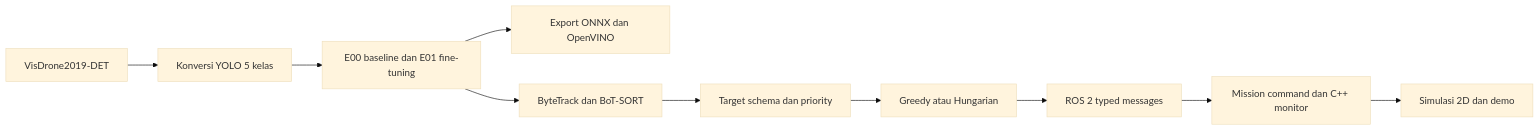
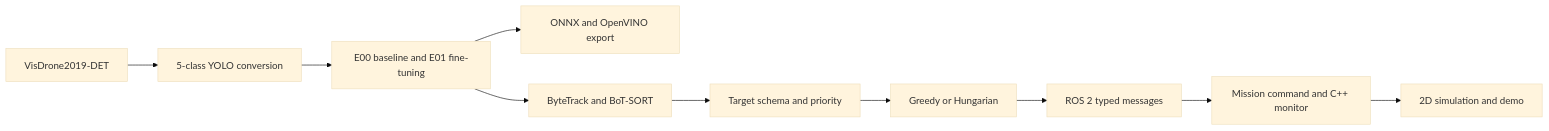
One commit to muqsithanif/multi-uav-perception changed the diagram in docs/END_TO_END_PROJECT_REPORT.md. Above: the diagram before and after it, drawn with Mermaid (base theme). The commit also changed other lines of this file and 7 other files, not shown here.

````diff
--- a/docs/END_TO_END_PROJECT_REPORT.md
+++ b/docs/END_TO_END_PROJECT_REPORT.md
@@ -10,12 +10,12 @@
 ```mermaid
 flowchart LR
-  A[VisDrone2019-DET] --> B[Konversi YOLO 5 kelas]
-  B --> C[E00 baseline dan E01 fine-tuning]
-  C --> D[Export ONNX dan OpenVINO]
-  C --> E[ByteTrack dan BoT-SORT]
-  E --> F[Target schema dan priority]
-  F --> G[Greedy atau Hungarian]
+  A[VisDrone2019-DET] --> B[5-class YOLO conversion]
+  B --> C[E00 baseline and E01 fine-tuning]
+  C --> D[ONNX and OpenVINO export]
+  C --> E[ByteTrack and BoT-SORT]
+  E --> F[Target schema and priority]
+  F --> G[Greedy or Hungarian]
   G --> H[ROS 2 typed messages]
-  H --> I[Mission command dan C++ monitor]
-  I --> J[Simulasi 2D dan demo]
+  H --> I[Mission command and C++ monitor]
+  I --> J[2D simulation and demo]
 ```
````
